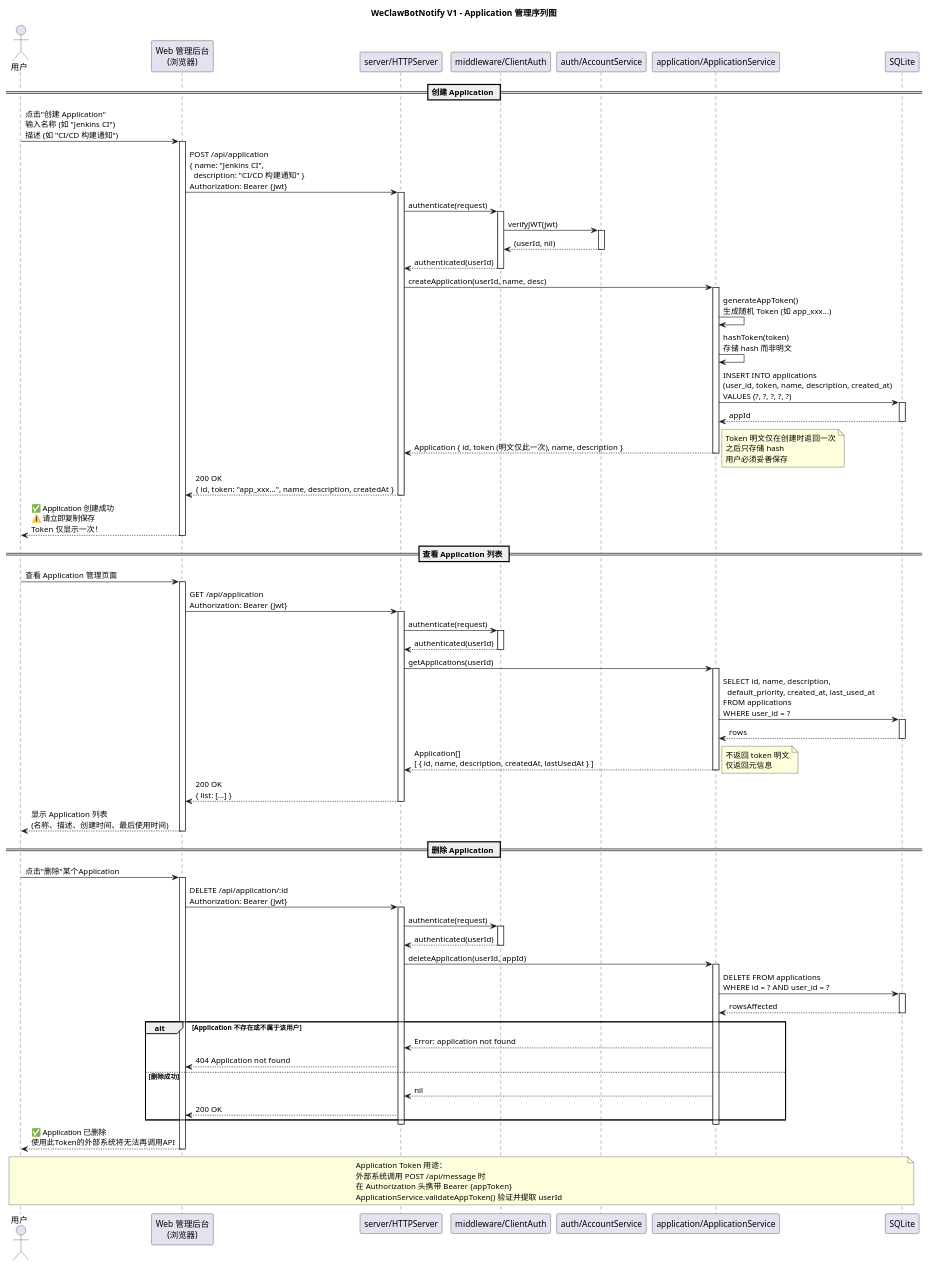
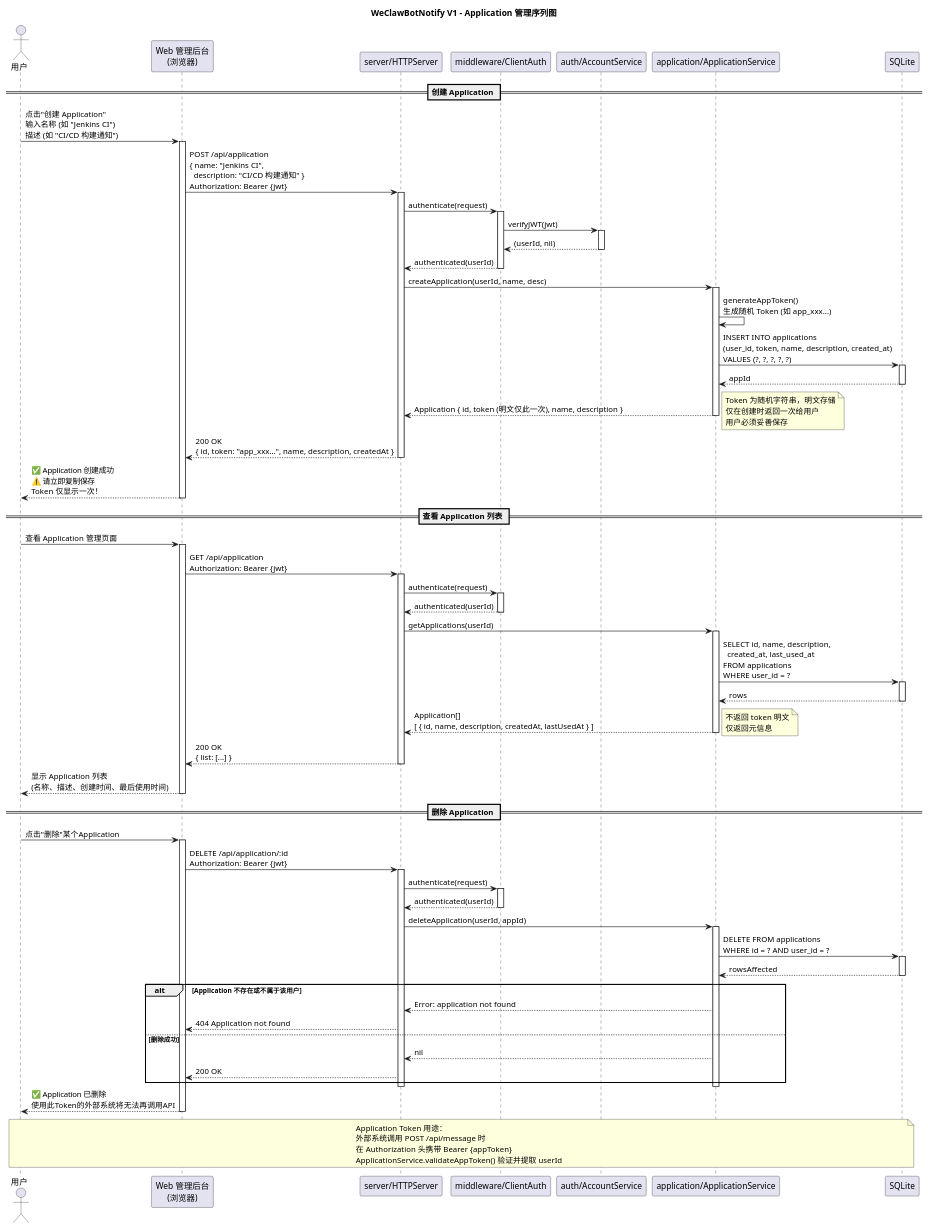
One commit to loommii/weclawbotnotify changed the diagram in docs/uml/07-sequence-broadcast.puml. Above: the diagram before and after it, drawn with PlantUML. The commit also changed 5 other files, not shown here.

First line of the commit message:
♻️ refactor(uml): 移除 priority 字段并澄清 token 存储语义

```diff
--- a/docs/uml/07-sequence-broadcast.puml
+++ b/docs/uml/07-sequence-broadcast.puml
@@ -1,132 +1,130 @@
 @startuml WeClawBotNotify_ApplicationSequence
 
 title WeClawBotNotify V1 - Application 管理序列图
 
 actor "用户" as User
 participant "Web 管理后台\n(浏览器)" as Web
 participant "server/HTTPServer" as API
 participant "middleware/ClientAuth" as ClientAuth
 participant "auth/AccountService" as AccountSvc
 participant "application/ApplicationService" as AppSvc
 participant "SQLite" as DB
 
 == 创建 Application ==
 
 User -> Web : 点击"创建 Application"\n输入名称 (如 "Jenkins CI")\n描述 (如 "CI/CD 构建通知")
 activate Web
 
 Web -> API : POST /api/application\n{ name: "Jenkins CI",\n  description: "CI/CD 构建通知" }\nAuthorization: Bearer {jwt}
 activate API
 
 API -> ClientAuth : authenticate(request)
 activate ClientAuth
 ClientAuth -> AccountSvc : verifyJWT(jwt)
 activate AccountSvc
 AccountSvc --> ClientAuth : (userId, nil)
 deactivate AccountSvc
 ClientAuth --> API : authenticated(userId)
 deactivate ClientAuth
 
 API -> AppSvc : createApplication(userId, name, desc)
 activate AppSvc
 
 AppSvc -> AppSvc : generateAppToken()\n生成随机 Token (如 app_xxx...)
 
-AppSvc -> AppSvc : hashToken(token)\n存储 hash 而非明文
-
 AppSvc -> DB : INSERT INTO applications\n(user_id, token, name, description, created_at)\nVALUES (?, ?, ?, ?, ?)
 activate DB
 DB --> AppSvc : appId
 deactivate DB
 
 AppSvc --> API : Application { id, token (明文仅此一次), name, description }
 note right
-  Token 明文仅在创建时返回一次
-  之后只存储 hash
+  Token 为随机字符串，明文存储
+  仅在创建时返回一次给用户
   用户必须妥善保存
 end note
 deactivate AppSvc
 
 API --> Web : 200 OK\n{ id, token: "app_xxx...", name, description, createdAt }
 deactivate API
 
 Web --> User : ✅ Application 创建成功\n⚠️ 请立即复制保存\nToken 仅显示一次！
 deactivate Web
 
 == 查看 Application 列表 ==
 
 User -> Web : 查看 Application 管理页面
 activate Web
 
 Web -> API : GET /api/application\nAuthorization: Bearer {jwt}
 activate API
 
 API -> ClientAuth : authenticate(request)
 activate ClientAuth
 ClientAuth --> API : authenticated(userId)
 deactivate ClientAuth
 
 API -> AppSvc : getApplications(userId)
 activate AppSvc
 
-AppSvc -> DB : SELECT id, name, description,\n  default_priority, created_at, last_used_at\nFROM applications\nWHERE user_id = ?
+AppSvc -> DB : SELECT id, name, description,\n  created_at, last_used_at\nFROM applications\nWHERE user_id = ?
 activate DB
 DB --> AppSvc : rows
 deactivate DB
 
 AppSvc --> API : Application[]\n[ { id, name, description, createdAt, lastUsedAt } ]
 note right
   不返回 token 明文
   仅返回元信息
 end note
 deactivate AppSvc
 
 API --> Web : 200 OK\n{ list: [...] }
 deactivate API
 
 Web --> User : 显示 Application 列表\n(名称、描述、创建时间、最后使用时间)
 deactivate Web
 
 == 删除 Application ==
 
 User -> Web : 点击"删除"某个Application
 activate Web
 
 Web -> API : DELETE /api/application/:id\nAuthorization: Bearer {jwt}
 activate API
 
 API -> ClientAuth : authenticate(request)
 activate ClientAuth
 ClientAuth --> API : authenticated(userId)
 deactivate ClientAuth
 
 API -> AppSvc : deleteApplication(userId, appId)
 activate AppSvc
 
 AppSvc -> DB : DELETE FROM applications\nWHERE id = ? AND user_id = ?
 activate DB
 DB --> AppSvc : rowsAffected
 deactivate DB
 
 alt Application 不存在或不属于该用户
   AppSvc --> API : Error: application not found
   API --> Web : 404 Application not found
 else 删除成功
   AppSvc --> API : nil
   API --> Web : 200 OK
 end
 deactivate AppSvc
 
 deactivate API
 
 Web --> User : ✅ Application 已删除\n使用此Token的外部系统将无法再调用API
 deactivate Web
 
 note over User, DB
   Application Token 用途：
   外部系统调用 POST /api/message 时
   在 Authorization 头携带 Bearer {appToken}
   ApplicationService.validateAppToken() 验证并提取 userId
 end note
 
 @enduml
```
